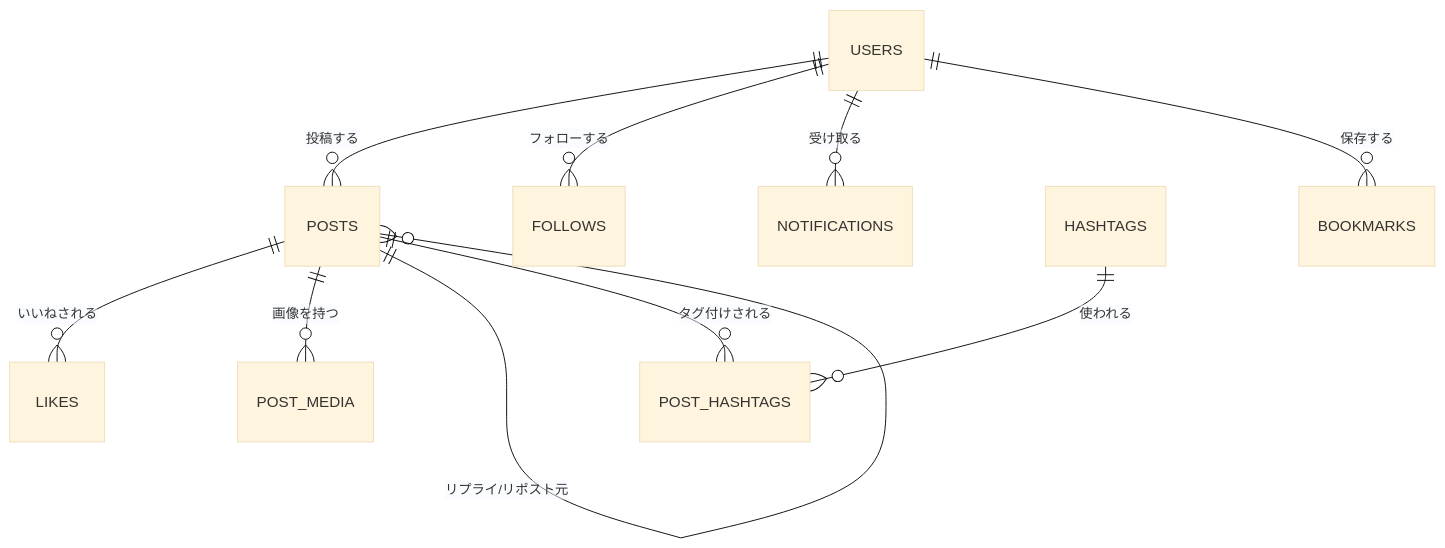
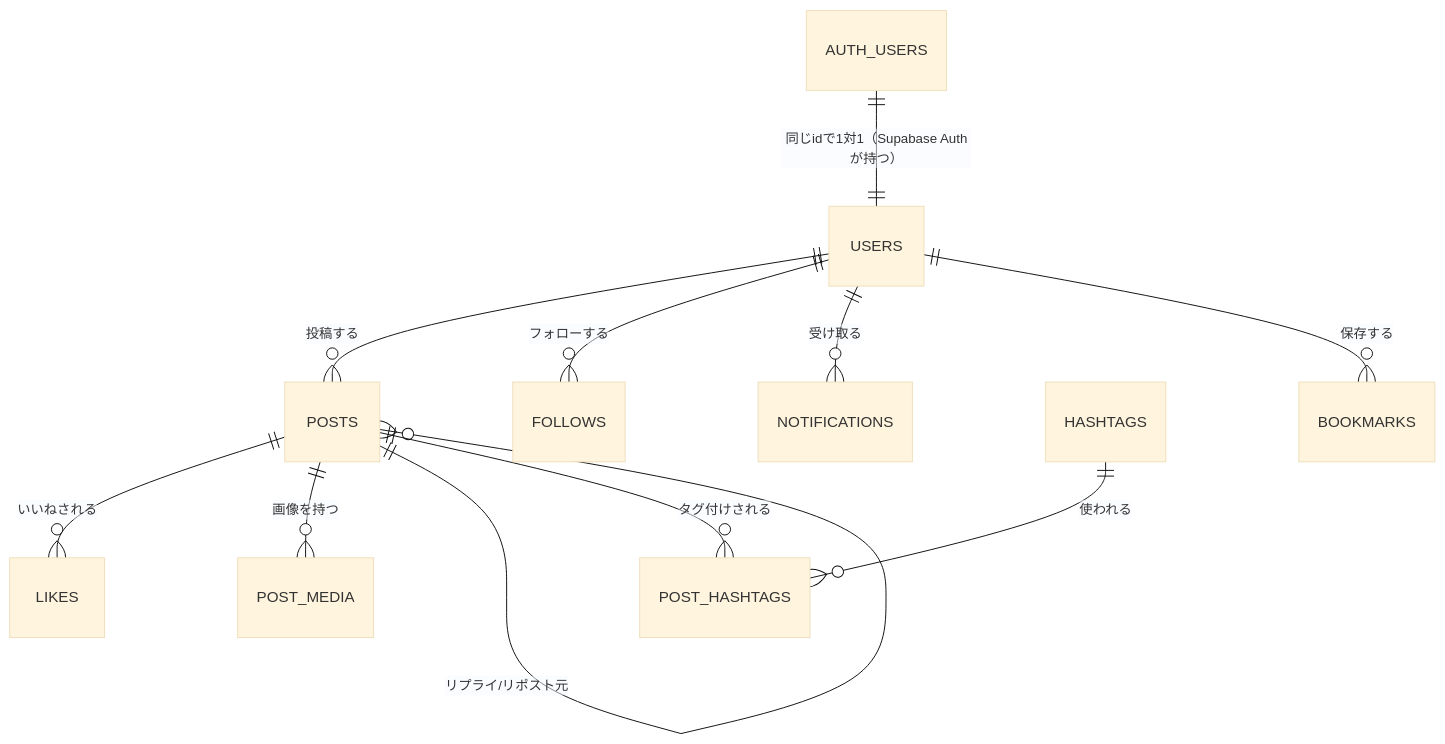
The second of 2 diagrams in material/03_基本設計書.md (kouiso/sns-app), drawn with Mermaid (base theme) before and after one commit. The commit also changed other lines of this file and 17 other files, not shown here.

````diff
--- a/material/03_基本設計書.md
+++ b/material/03_基本設計書.md
@@ -60,12 +95,13 @@
 ```mermaid
 erDiagram
+  AUTH_USERS ||--|| USERS : "同じidで1対1（Supabase Authが持つ）"
   USERS ||--o{ POSTS : "投稿する"
   USERS ||--o{ FOLLOWS : "フォローする"
   USERS ||--o{ NOTIFICATIONS : "受け取る"
   POSTS ||--o{ LIKES : "いいねされる"
   POSTS ||--o{ POST_MEDIA : "画像を持つ"
   POSTS ||--o{ POSTS : "リプライ/リポスト元"
   POSTS ||--o{ POST_HASHTAGS : "タグ付けされる"
   HASHTAGS ||--o{ POST_HASHTAGS : "使われる"
   USERS ||--o{ BOOKMARKS : "保存する"
 ```
````
